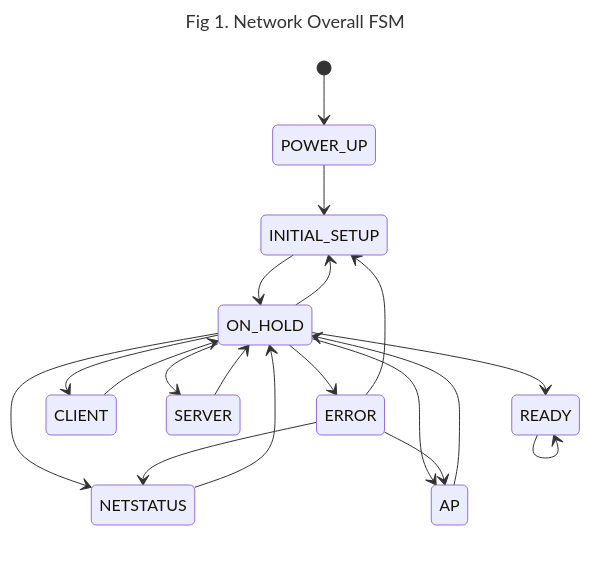
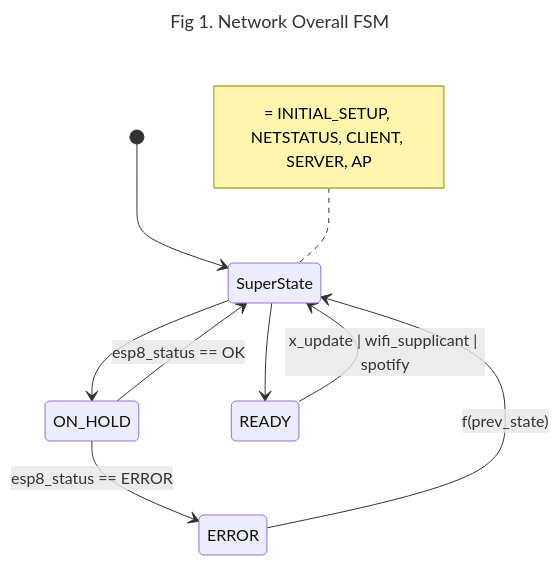
Before and after one commit to ckevar/ErikaOS-OnlineWeatherStation: the diagram in README.md, drawn with Mermaid. The commit also changed 3 other files, not shown here.

````diff
--- a/README.md
+++ b/README.md
@@ -48,29 +50,16 @@
 ```mermaid
 ---
 title: Fig 1. Network Overall FSM
 ---
 stateDiagram-v2 
-[*] --> POWER_UP 
-POWER_UP --> INITIAL_SETUP
 
-ON_HOLD --> READY
-READY --> READY
-
-INITIAL_SETUP --> ON_HOLD
-NETSTATUS --> ON_HOLD
-CLIENT --> ON_HOLD
-AP --> ON_HOLD
-SERVER --> ON_HOLD
-
-ON_HOLD --> INITIAL_SETUP 
-ON_HOLD --> NETSTATUS
-ON_HOLD --> CLIENT
-ON_HOLD --> AP
-ON_HOLD --> SERVER
-ON_HOLD --> ERROR
-
-ERROR --> NETSTATUS
-ERROR --> AP
-ERROR --> INITIAL_SETUP
+[*] --> SuperState
+SuperState --> ON_HOLD
+ON_HOLD --> SuperState : esp8_status == OK
+ON_HOLD --> ERROR : esp8_status == ERROR
+ERROR --> SuperState : f(prev_state)
+SuperState --> READY : 
+READY --> SuperState : x_update | wifi_supplicant | spotify
+note left of SuperState : = INITIAL_SETUP, NETSTATUS, CLIENT, SERVER, AP
 
 ```
````
